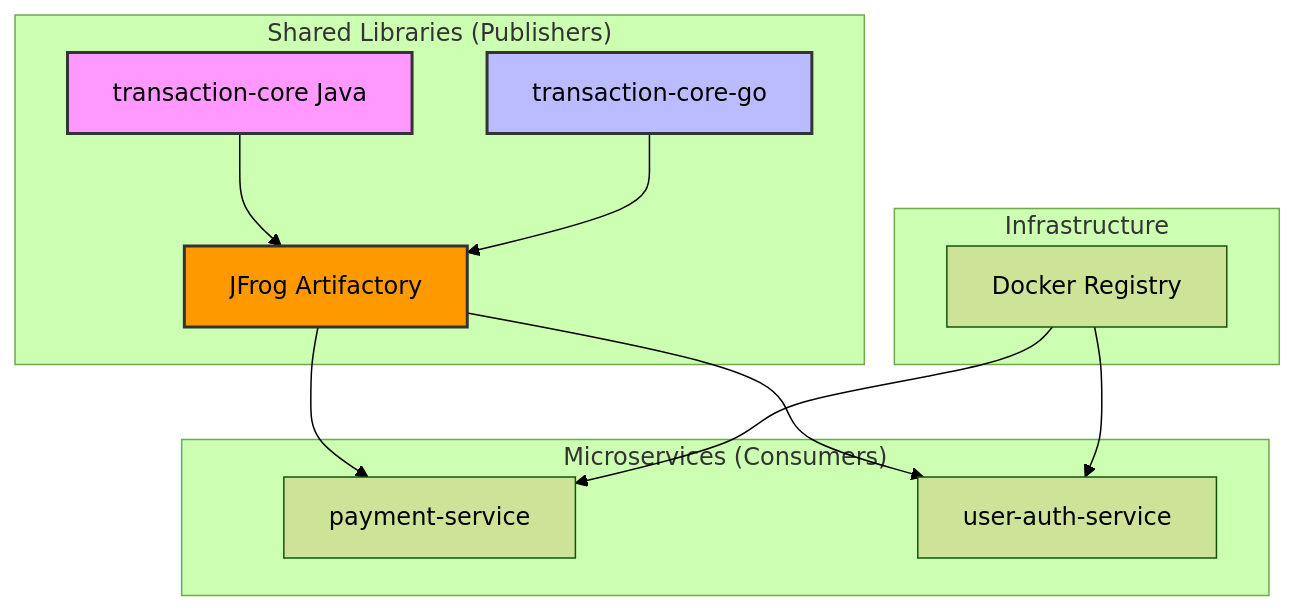
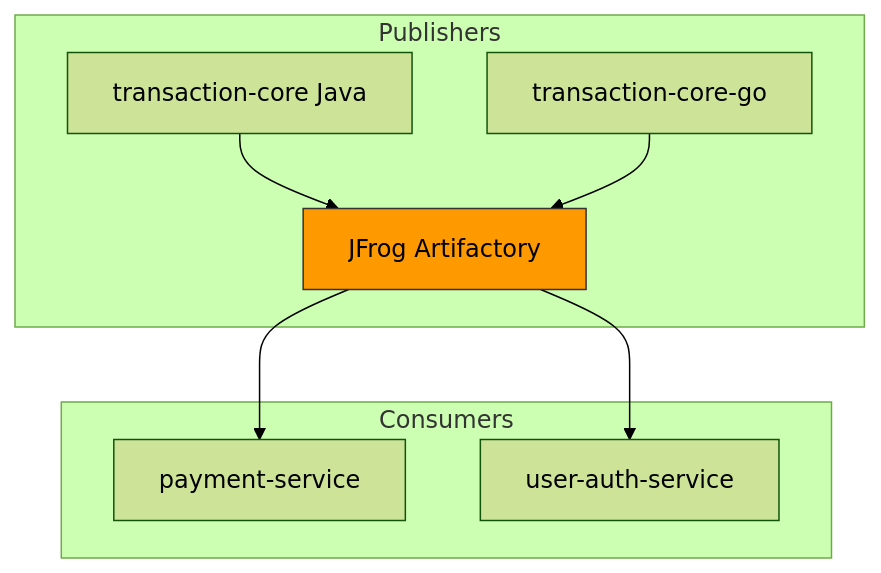
The diagram in README.md (pratham7289/Artifactory-Automation), drawn with Mermaid (forest theme) before and after one commit. The commit also changed other lines of this file, not shown here.

````diff
--- a/README.md
+++ b/README.md
@@ -20,21 +17,12 @@
 ```mermaid
 graph TD
-    subgraph "Shared Libraries (Publishers)"
+    subgraph "Publishers"
         TC[transaction-core Java] --> Art[JFrog Artifactory]
         TCG[transaction-core-go] --> Art
     end
-
-    subgraph "Microservices (Consumers)"
+    subgraph "Consumers"
         Art --> PS[payment-service]
         Art --> US[user-auth-service]
     end
-
-    subgraph "Infrastructure"
-        D[Docker Registry] --> PS
-        D --> US
-    end
-
-    style Art fill:#ff9900,stroke:#333,stroke-width:2px
-    style TC fill:#f9f,stroke:#333,stroke-width:2px
-    style TCG fill:#bbf,stroke:#333,stroke-width:2px
+    style Art fill:#ff9900,stroke:#333
 ```
````
